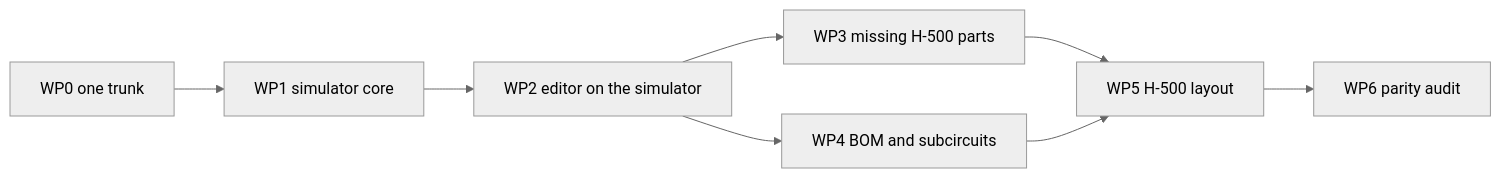
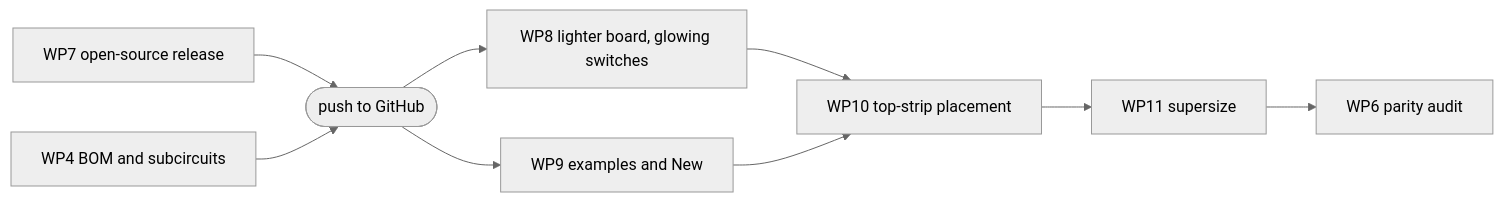
Before and after one commit to brentlavelle/DEC-H501: the diagram in docs/WORK-PACKAGES.md, drawn with Mermaid (neutral theme). The commit also changed other lines of this file and 1 other file, not shown here.

````diff
--- a/docs/WORK-PACKAGES.md
+++ b/docs/WORK-PACKAGES.md
@@ -7,10 +28,11 @@
 ```mermaid
 flowchart LR
-  WP0[WP0 one trunk] --> WP1[WP1 simulator core]
-  WP1 --> WP2[WP2 editor on the simulator]
-  WP2 --> WP3[WP3 missing H-500 parts]
-  WP2 --> WP4[WP4 BOM and subcircuits]
-  WP3 --> WP5[WP5 H-500 layout]
-  WP4 --> WP5
-  WP5 --> WP6[WP6 parity audit]
+  WP7[WP7 open-source release] --> PUSH([push to GitHub])
+  WP4[WP4 BOM and subcircuits] --> PUSH
+  PUSH --> WP8[WP8 lighter board, glowing switches]
+  PUSH --> WP9[WP9 examples and New]
+  WP8 --> WP10[WP10 top-strip placement]
+  WP9 --> WP10
+  WP10 --> WP11[WP11 supersize]
+  WP11 --> WP6[WP6 parity audit]
 ```
````
